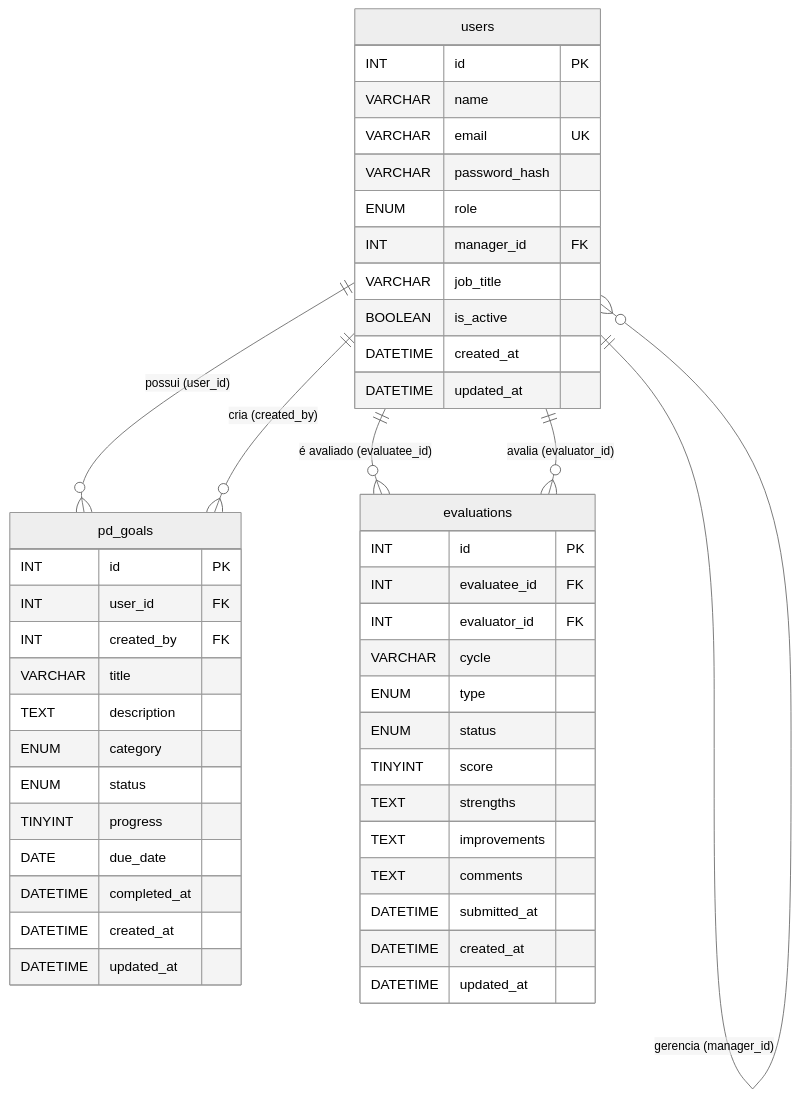
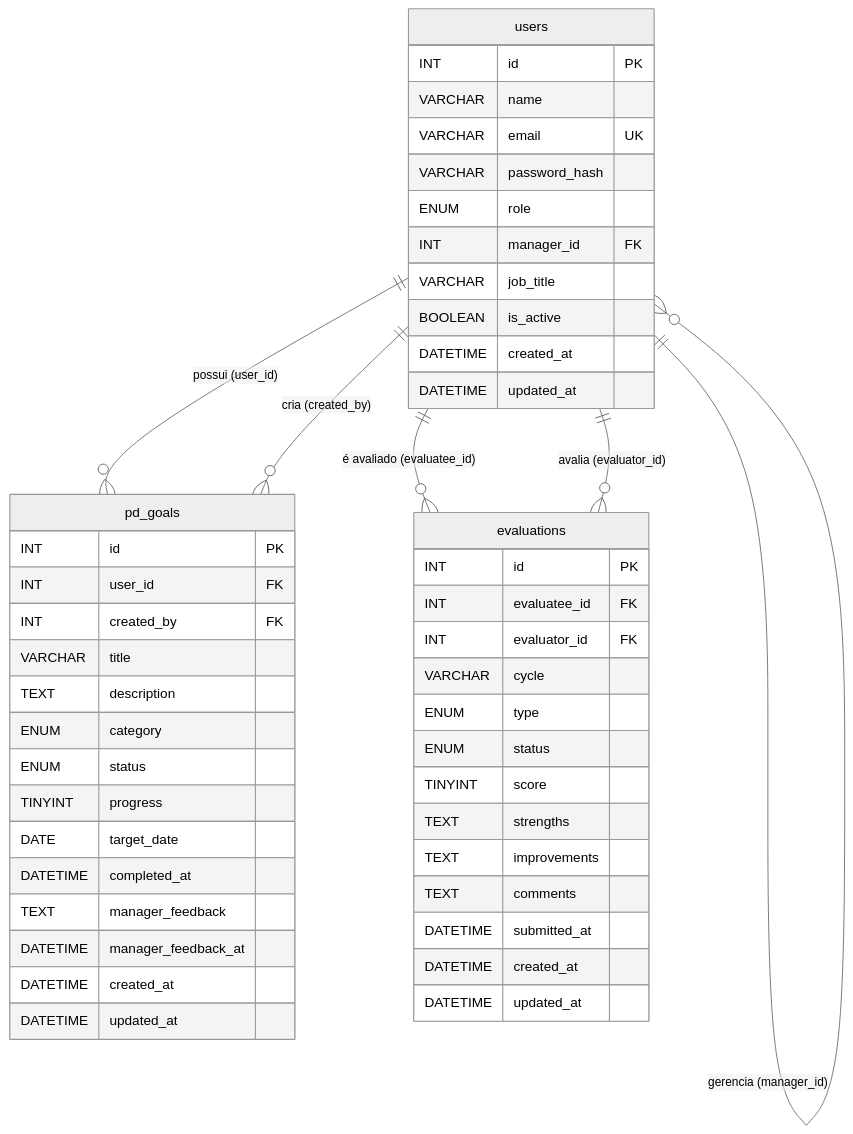
Before and after one commit to vitorbrenguere/one-pulse: the second of 2 diagrams in specs/00-architecture.spec.md, drawn with Mermaid (neutral theme). The commit also changed other lines of this file, not shown here.

Commit message:
docs(architecture): update pd_goals schema to v1.2.0

````diff
--- a/specs/00-architecture.spec.md
+++ b/specs/00-architecture.spec.md
@@ -91,50 +91,52 @@
 ```mermaid
 erDiagram
   users ||--o{ users : "gerencia (manager_id)"
   users ||--o{ pd_goals : "possui (user_id)"
   users ||--o{ pd_goals : "cria (created_by)"
   users ||--o{ evaluations : "é avaliado (evaluatee_id)"
   users ||--o{ evaluations : "avalia (evaluator_id)"
 
   users {
     INT id PK
     VARCHAR name
     VARCHAR email UK
     VARCHAR password_hash
     ENUM role
     INT manager_id FK
     VARCHAR job_title
     BOOLEAN is_active
     DATETIME created_at
     DATETIME updated_at
   }
   pd_goals {
     INT id PK
     INT user_id FK
     INT created_by FK
     VARCHAR title
     TEXT description
     ENUM category
     ENUM status
     TINYINT progress
-    DATE due_date
+    DATE target_date
     DATETIME completed_at
+    TEXT manager_feedback
+    DATETIME manager_feedback_at
     DATETIME created_at
     DATETIME updated_at
   }
   evaluations {
     INT id PK
     INT evaluatee_id FK
     INT evaluator_id FK
     VARCHAR cycle
     ENUM type
     ENUM status
     TINYINT score
     TEXT strengths
     TEXT improvements
     TEXT comments
     DATETIME submitted_at
     DATETIME created_at
     DATETIME updated_at
   }
 ```
````
